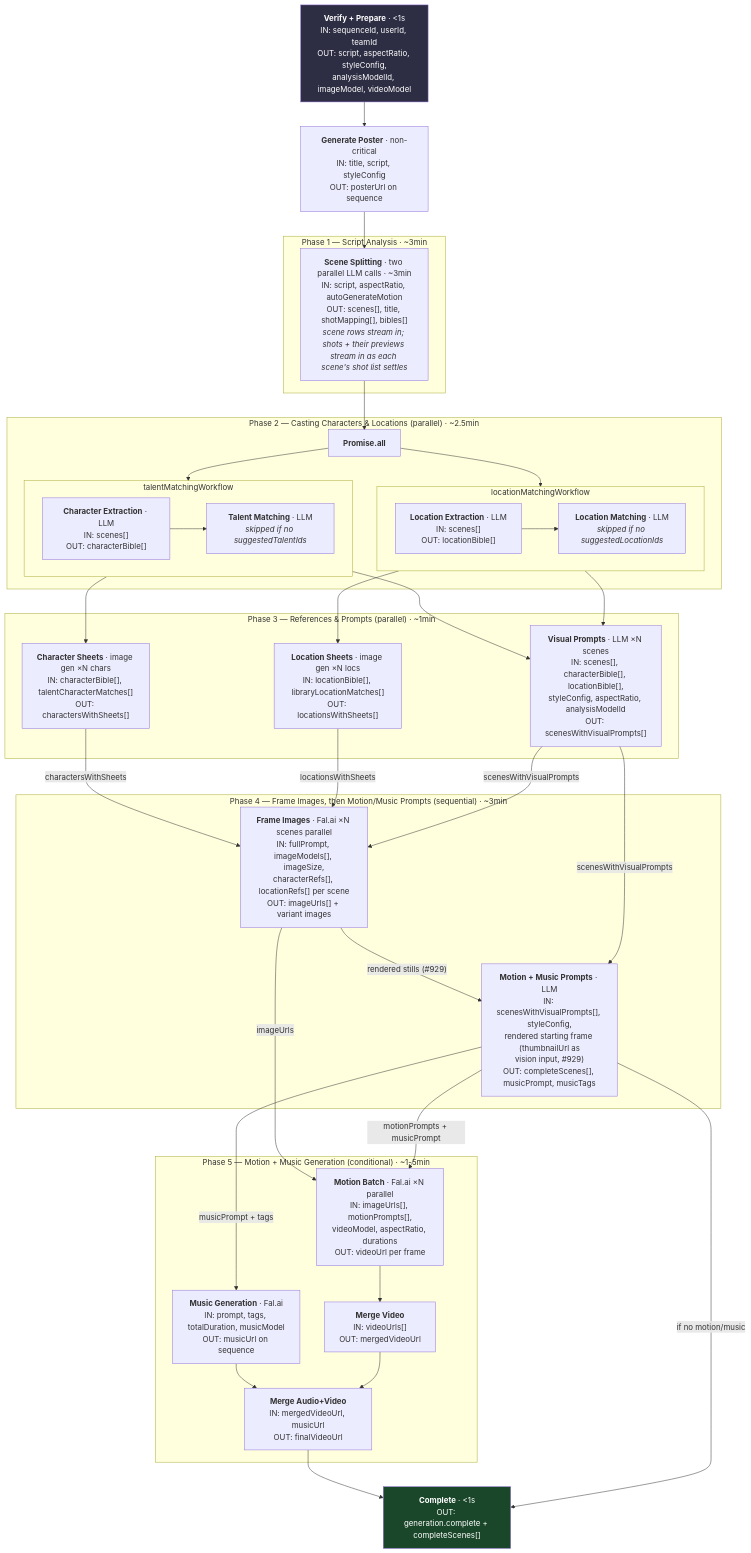
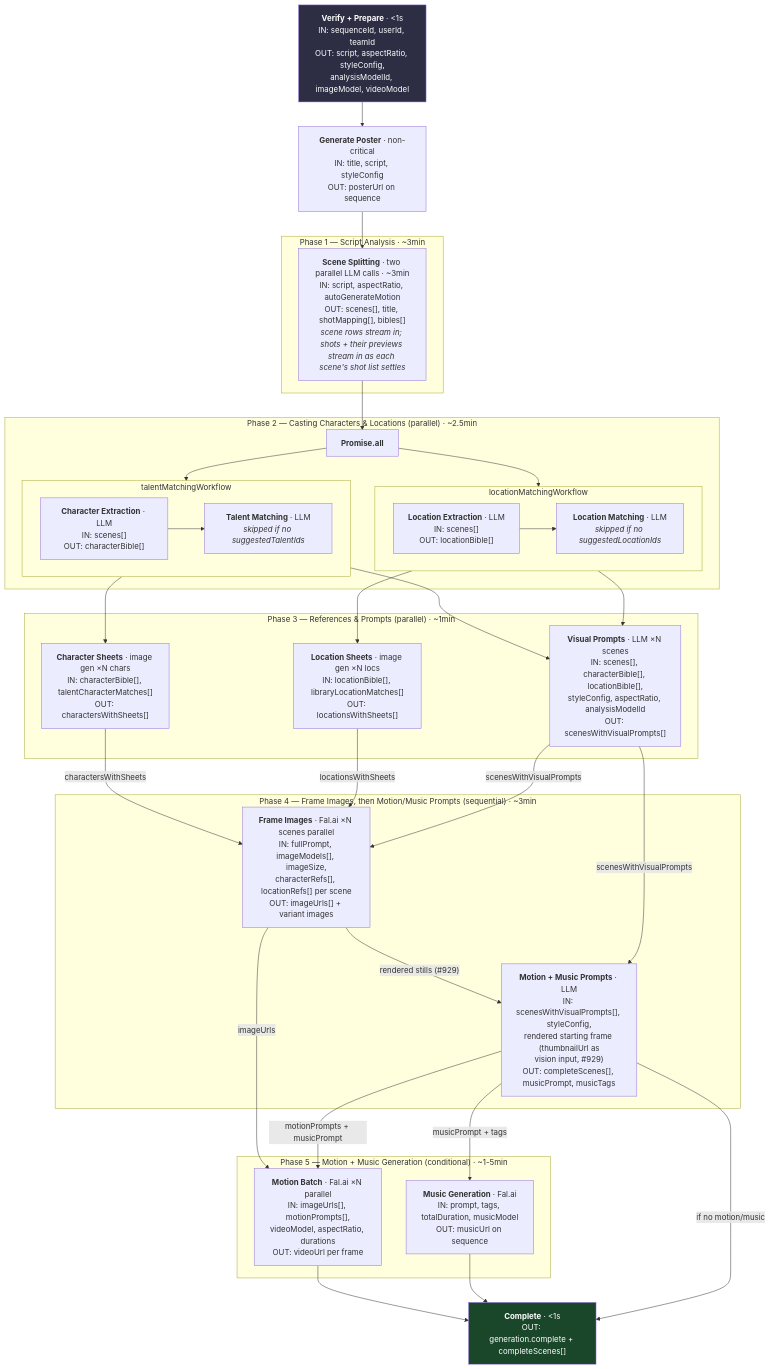
The first of 7 diagrams in docs/developer-guide/workflow.md (Jyatin/openstory), drawn with Mermaid before and after one commit. The commit also changed other lines of this file and 8 other files, not shown here.

````diff
--- a/docs/developer-guide/workflow.md
+++ b/docs/developer-guide/workflow.md
@@ -12,72 +12,68 @@
 ```mermaid
 flowchart TD
     Verify["<b>Verify + Prepare</b> · <1s<br/>IN: sequenceId, userId, teamId<br/>OUT: script, aspectRatio, styleConfig,<br/>analysisModelId, imageModel, videoModel"] --> Poster
     Poster["<b>Generate Poster</b> · non-critical<br/>IN: title, script, styleConfig<br/>OUT: posterUrl on sequence"] --> SceneSplit
 
     subgraph "Phase 1 — Script Analysis · ~3min"
         SceneSplit["<b>Scene Splitting</b> · two parallel LLM calls · ~3min<br/>IN: script, aspectRatio, autoGenerateMotion<br/>OUT: scenes[], title, shotMapping[], bibles[]<br/><i>scene rows stream in; shots + their previews stream in as each scene's shot list settles</i>"]
     end
 
     SceneSplit --> P2
 
     subgraph "Phase 2 — Casting Characters & Locations (parallel) · ~2.5min"
         P2["<b>Promise.all</b>"]
         P2 --> TalentSub
         P2 --> LocationSub
 
         subgraph TalentSub["talentMatchingWorkflow"]
             CharExtract["<b>Character Extraction</b> · LLM<br/>IN: scenes[]<br/>OUT: characterBible[]"]
             TalentMatch["<b>Talent Matching</b> · LLM<br/><i>skipped if no suggestedTalentIds</i>"]
             CharExtract --> TalentMatch
         end
 
         subgraph LocationSub["locationMatchingWorkflow"]
             LocExtract["<b>Location Extraction</b> · LLM<br/>IN: scenes[]<br/>OUT: locationBible[]"]
             LocMatch["<b>Location Matching</b> · LLM<br/><i>skipped if no suggestedLocationIds</i>"]
             LocExtract --> LocMatch
         end
     end
 
     subgraph "Phase 3 — References & Prompts (parallel) · ~1min"
         CharSheets["<b>Character Sheets</b> · image gen ×N chars<br/>IN: characterBible[], talentCharacterMatches[]<br/>OUT: charactersWithSheets[]"]
         LocSheets["<b>Location Sheets</b> · image gen ×N locs<br/>IN: locationBible[], libraryLocationMatches[]<br/>OUT: locationsWithSheets[]"]
         VisualPrompts["<b>Visual Prompts</b> · LLM ×N scenes<br/>IN: scenes[], characterBible[], locationBible[],<br/>styleConfig, aspectRatio, analysisModelId<br/>OUT: scenesWithVisualPrompts[]"]
     end
 
     TalentSub --> CharSheets
     TalentSub --> VisualPrompts
     LocationSub --> LocSheets
     LocationSub --> VisualPrompts
 
     subgraph "Phase 4 — Frame Images, then Motion/Music Prompts (sequential) · ~3min"
         ImageGen["<b>Frame Images</b> · Fal.ai ×N scenes parallel<br/>IN: fullPrompt, imageModels[], imageSize,<br/>characterRefs[], locationRefs[] per scene<br/>OUT: imageUrls[] + variant images"]
         MotionMusicPrompts["<b>Motion + Music Prompts</b> · LLM<br/>IN: scenesWithVisualPrompts[], styleConfig,<br/>rendered starting frame (thumbnailUrl as<br/>vision input, #929)<br/>OUT: completeScenes[], musicPrompt, musicTags"]
     end
 
     CharSheets -->|"charactersWithSheets"| ImageGen
     LocSheets -->|"locationsWithSheets"| ImageGen
     VisualPrompts -->|"scenesWithVisualPrompts"| ImageGen
     ImageGen -->|"rendered stills (#929)"| MotionMusicPrompts
     VisualPrompts -->|"scenesWithVisualPrompts"| MotionMusicPrompts
 
     subgraph "Phase 5 — Motion + Music Generation (conditional) · ~1-5min"
         MotionBatch["<b>Motion Batch</b> · Fal.ai ×N parallel<br/>IN: imageUrls[], motionPrompts[],<br/>videoModel, aspectRatio, durations<br/>OUT: videoUrl per frame"]
         MusicGen["<b>Music Generation</b> · Fal.ai<br/>IN: prompt, tags, totalDuration, musicModel<br/>OUT: musicUrl on sequence"]
-        MergeVideo["<b>Merge Video</b><br/>IN: videoUrls[]<br/>OUT: mergedVideoUrl"]
-        MergeAudioVideo["<b>Merge Audio+Video</b><br/>IN: mergedVideoUrl, musicUrl<br/>OUT: finalVideoUrl"]
-        MotionBatch --> MergeVideo
-        MusicGen --> MergeAudioVideo
-        MergeVideo --> MergeAudioVideo
     end
 
     ImageGen -->|"imageUrls"| MotionBatch
     MotionMusicPrompts -->|"motionPrompts + musicPrompt"| MotionBatch
     MotionMusicPrompts -->|"musicPrompt + tags"| MusicGen
 
-    MergeAudioVideo --> Done
+    MotionBatch --> Done
+    MusicGen --> Done
     MotionMusicPrompts -->|"if no motion/music"| Done
     Done["<b>Complete</b> · <1s<br/>OUT: generation.complete + completeScenes[]"]
 
     style Verify fill:#2d2d44,color:#fff
     style Done fill:#1a472a,color:#fff
 ```
````
